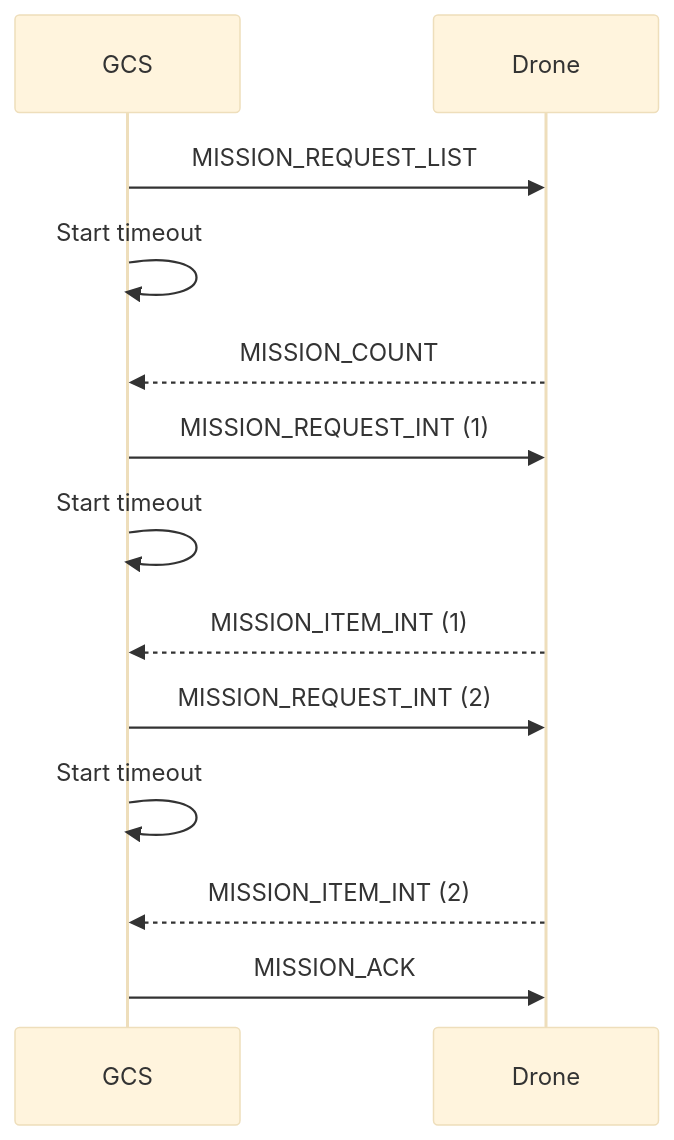
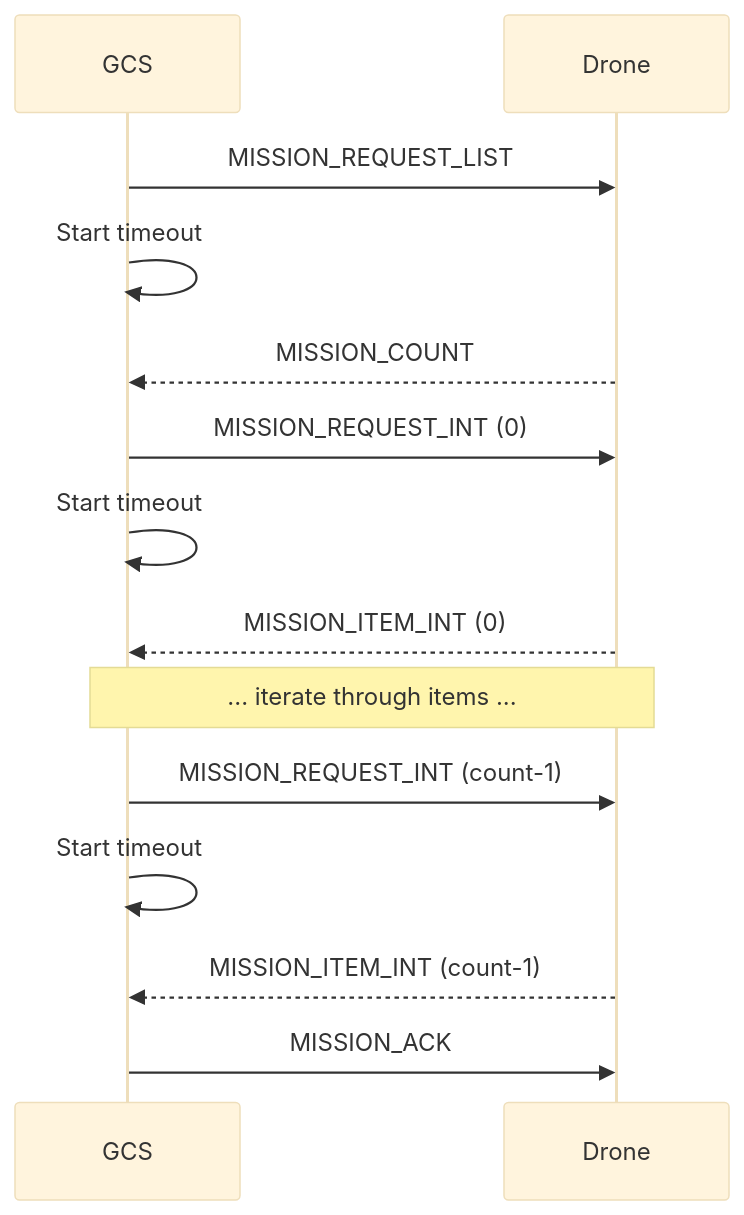
The second of 6 diagrams in en/services/mission.md (mavlink/mavlink-devguide), drawn with Mermaid (base theme) before and after one commit. The commit also changed other lines of this file, not shown here.

First line of the commit message:
MissionProtocol: Doc partial upload/download

```diff
--- a/en/services/mission.md
+++ b/en/services/mission.md
@@ -157,15 +172,16 @@
 {% mermaid %}
 sequenceDiagram;
     participant GCS
     participant Drone
     GCS->>Drone: MISSION_REQUEST_LIST
     GCS->>GCS: Start timeout
     Drone-->>GCS: MISSION_COUNT
-    GCS->>Drone: MISSION_REQUEST_INT (1)
+    GCS->>Drone: MISSION_REQUEST_INT (0)
     GCS->>GCS: Start timeout
-    Drone-->>GCS: MISSION_ITEM_INT (1)
-    GCS->>Drone: MISSION_REQUEST_INT (2)
+    Drone-->>GCS: MISSION_ITEM_INT (0)
+    Note over GCS,Drone: ... iterate through items ...
+    GCS->>Drone: MISSION_REQUEST_INT (count-1)
     GCS->>GCS: Start timeout
-    Drone-->>GCS: MISSION_ITEM_INT (2)
+    Drone-->>GCS: MISSION_ITEM_INT (count-1)
     GCS->>Drone: MISSION_ACK
 {% endmermaid %}
```
